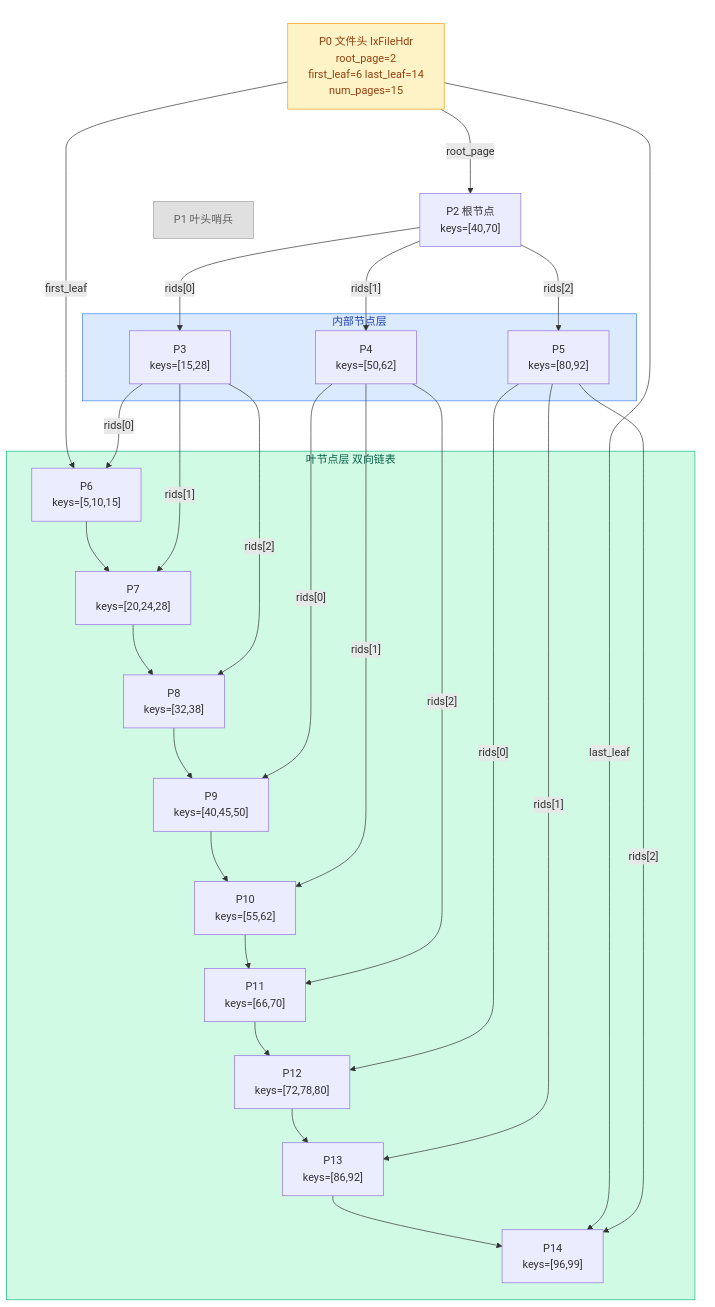
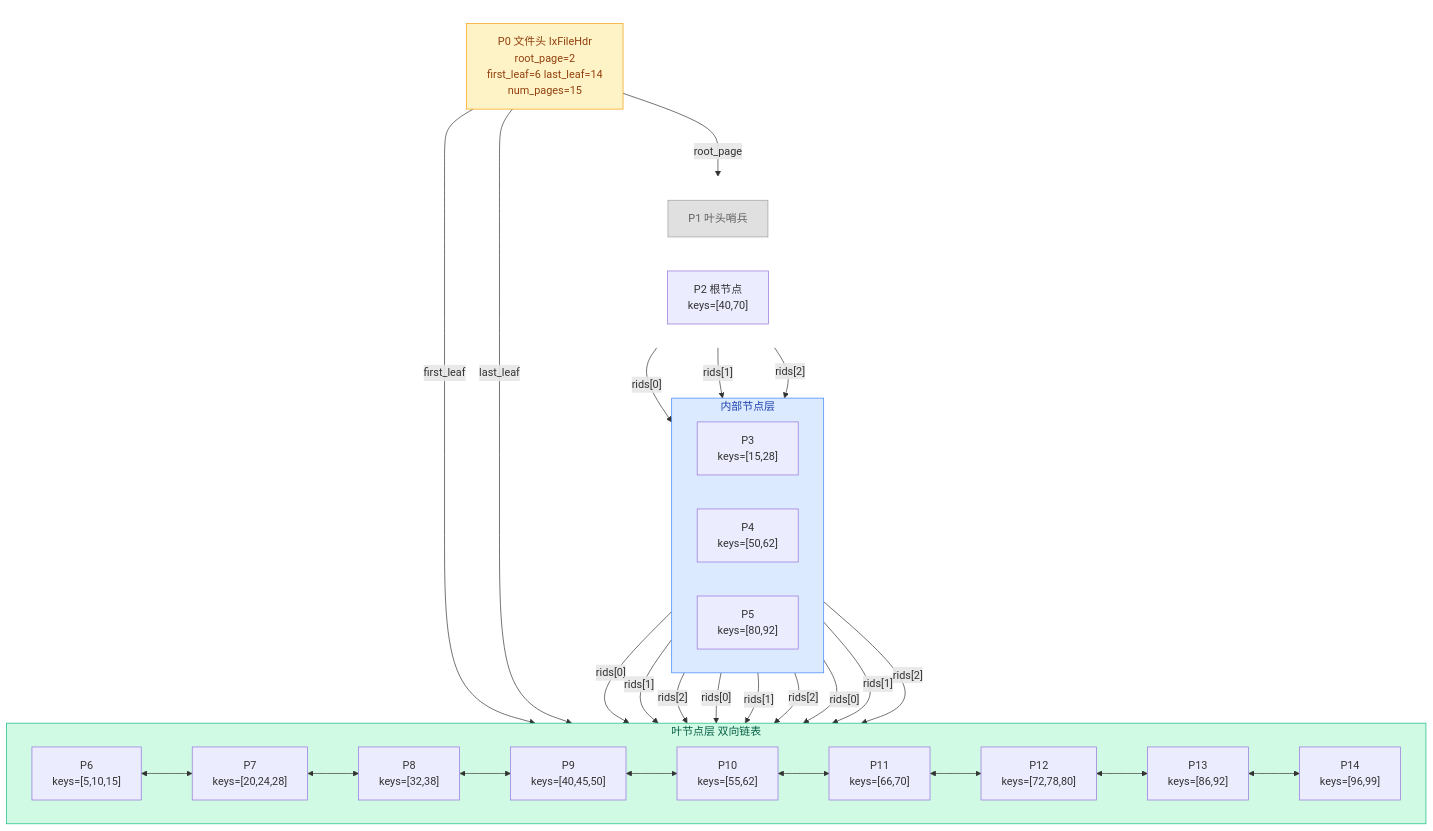
One commit to Dorian7Alden/RMDB-2024-Analyze changed the diagram in my-analysis/03-index-layer/02-index-data-structures.md. Above: the diagram before and after it, drawn with Mermaid.

Commit message:
fix(index-data): 叶节点层改为双向箭头加 direction LR 横向排列
- 叶节点用 <--> 表示双向链表
- 所有子图层加 direction LR 强制水平排列

````diff
--- a/my-analysis/03-index-layer/02-index-data-structures.md
+++ b/my-analysis/03-index-layer/02-index-data-structures.md
@@ -24,43 +24,46 @@
 ```mermaid
 flowchart TD
     subgraph L0[" "]
         style L0 fill:none,stroke:none
         HDR["P0 文件头 IxFileHdr<br/>root_page=2<br/>first_leaf=6 last_leaf=14<br/>num_pages=15"]
     end
 
     subgraph L1[" "]
+        direction LR
         style L1 fill:none,stroke:none
         LH["P1 叶头哨兵"] & R["P2 根节点<br/>keys=[40,70]"]
     end
 
     subgraph L2["内部节点层"]
+        direction LR
         style L2 fill:#dbeafe,stroke:#3b82f6,color:#1e40af
         I3["P3<br/>keys=[15,28]"] & I4["P4<br/>keys=[50,62]"] & I5["P5<br/>keys=[80,92]"]
     end
 
     subgraph L3["叶节点层 双向链表"]
+        direction LR
         style L3 fill:#d1fae5,stroke:#10b981,color:#065f46
-        L6["P6<br/>keys=[5,10,15]"] --> L7["P7<br/>keys=[20,24,28]"] --> L8["P8<br/>keys=[32,38]"] --> L9["P9<br/>keys=[40,45,50]"] --> L10["P10<br/>keys=[55,62]"] --> L11["P11<br/>keys=[66,70]"] --> L12["P12<br/>keys=[72,78,80]"] --> L13["P13<br/>keys=[86,92]"] --> L14["P14<br/>keys=[96,99]"]
+        L6["P6<br/>keys=[5,10,15]"] <--> L7["P7<br/>keys=[20,24,28]"] <--> L8["P8<br/>keys=[32,38]"] <--> L9["P9<br/>keys=[40,45,50]"] <--> L10["P10<br/>keys=[55,62]"] <--> L11["P11<br/>keys=[66,70]"] <--> L12["P12<br/>keys=[72,78,80]"] <--> L13["P13<br/>keys=[86,92]"] <--> L14["P14<br/>keys=[96,99]"]
     end
 
     HDR -->|"root_page"| R
     HDR -->|"first_leaf"| L6
     HDR -->|"last_leaf"| L14
     R -->|"rids[0]"| I3
     R -->|"rids[1]"| I4
     R -->|"rids[2]"| I5
     I3 -->|"rids[0]"| L6
     I3 -->|"rids[1]"| L7
     I3 -->|"rids[2]"| L8
     I4 -->|"rids[0]"| L9
     I4 -->|"rids[1]"| L10
     I4 -->|"rids[2]"| L11
     I5 -->|"rids[0]"| L12
     I5 -->|"rids[1]"| L13
     I5 -->|"rids[2]"| L14
 
     classDef header fill:#fef3c7,stroke:#f59e0b,color:#92400e
     classDef sentinel fill:#e0e0e0,stroke:#9e9e9e,color:#616161
     class HDR header
     class LH sentinel
 ```
````
